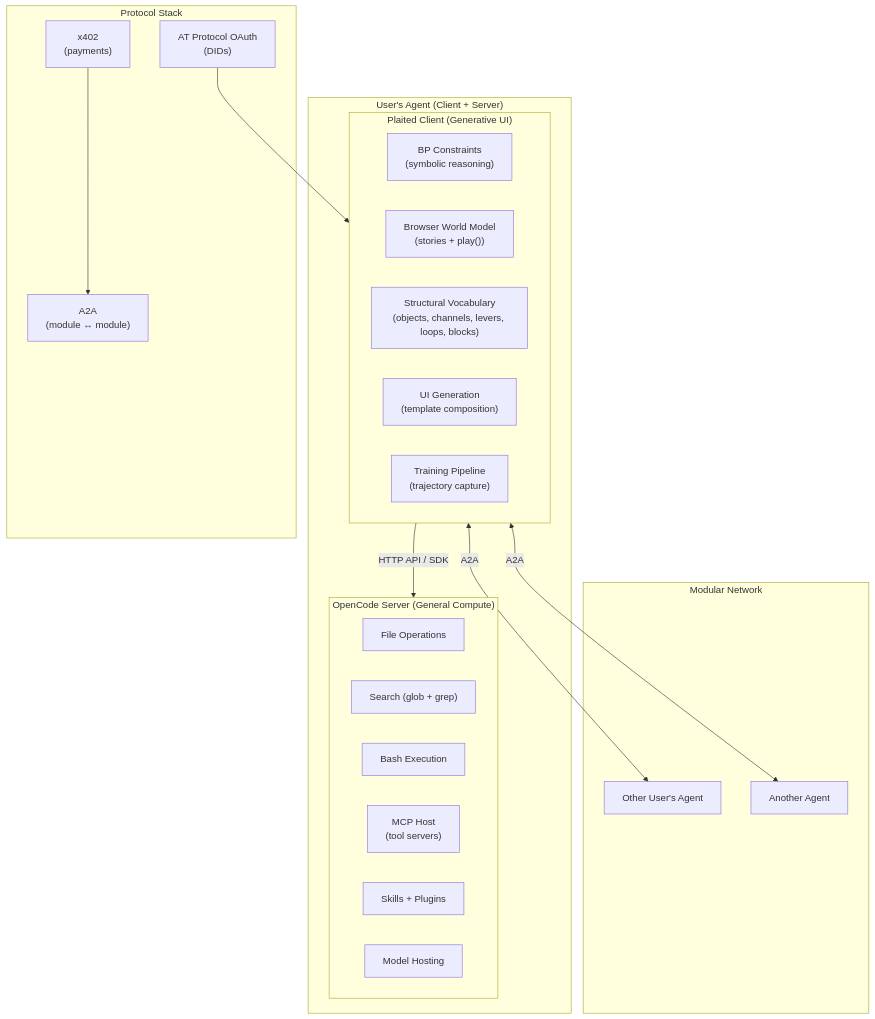
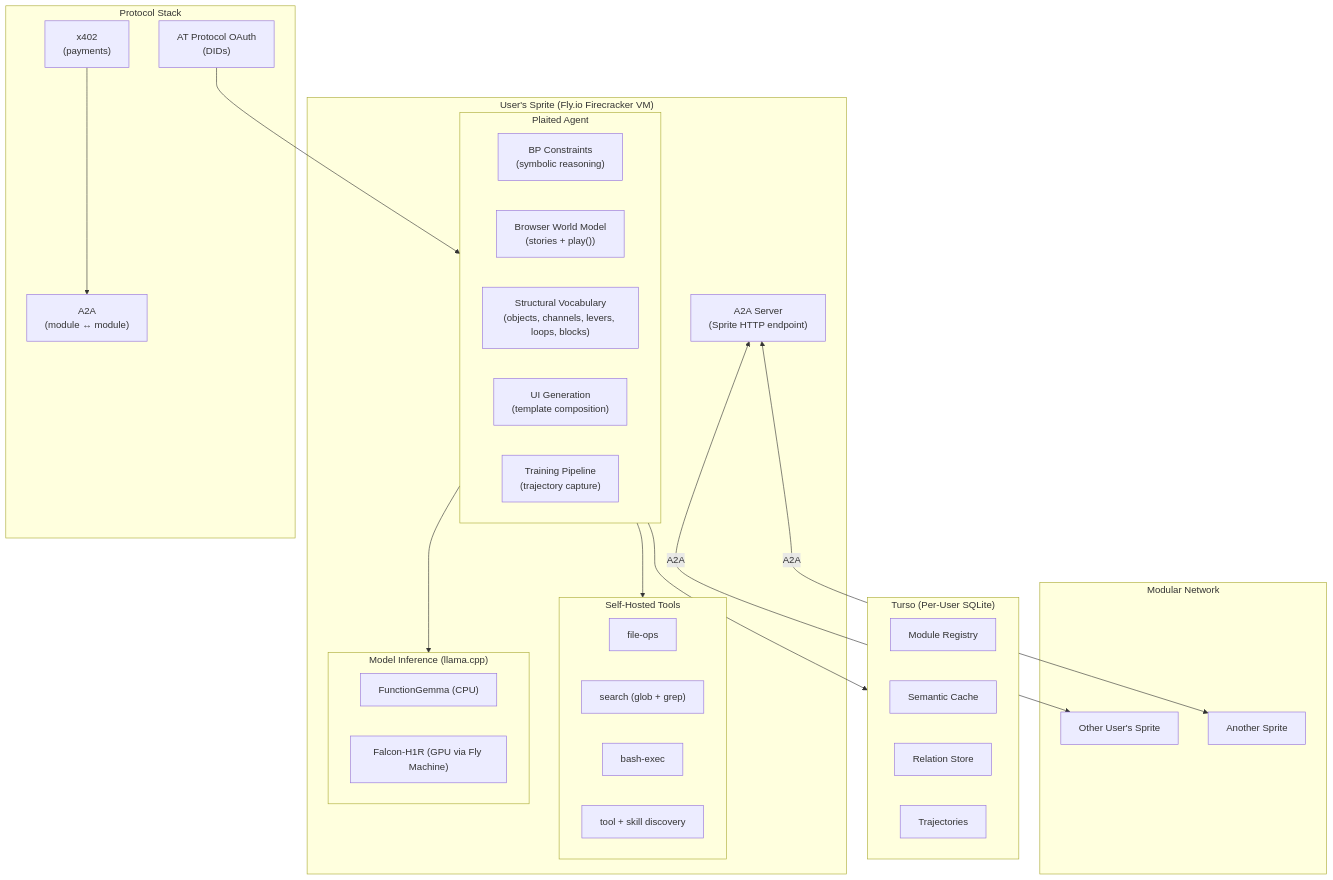
Before and after one commit to plaited/plaited: the first of 12 diagrams in PLAITED-AGENT-PLAN.md, drawn with Mermaid. The commit also changed other lines of this file and 1 other file, not shown here.

First line of the commit message:
docs(agent): add OpenCode as sandbox coding runtime, update V8 plan

````diff
--- a/PLAITED-AGENT-PLAN.md
+++ b/PLAITED-AGENT-PLAN.md
@@ -39,39 +41,52 @@
 ```mermaid
 flowchart TB
-    subgraph User["User's Agent (Client + Server)"]
-        subgraph Client["Plaited Client (Generative UI)"]
+    subgraph Sprite["User's Sprite (Fly.io Firecracker VM)"]
+        subgraph Agent["Plaited Agent"]
             BP["BP Constraints<br/>(symbolic reasoning)"]
             WorldModel["Browser World Model<br/>(stories + play())"]
             StructVocab["Structural Vocabulary<br/>(objects, channels, levers, loops, blocks)"]
             UIGen["UI Generation<br/>(template composition)"]
             Training["Training Pipeline<br/>(trajectory capture)"]
         end
 
-        subgraph Server["OpenCode Server (General Compute)"]
-            FileOps["File Operations"]
-            Search["Search (glob + grep)"]
-            BashExec["Bash Execution"]
-            MCPHost["MCP Host<br/>(tool servers)"]
-            Skills["Skills + Plugins"]
-            Models["Model Hosting"]
+        subgraph Tools["Self-Hosted Tools"]
+            FileOps["file-ops"]
+            Search["search (glob + grep)"]
+            BashExec["bash-exec"]
+            Discovery["tool + skill discovery"]
         end
 
-        Client -->|"HTTP API / SDK"| Server
+        subgraph Model["Model Inference (llama.cpp)"]
+            Edge["FunctionGemma (CPU)"]
+            Remote["Falcon-H1R (GPU via Fly Machine)"]
+        end
+
+        A2AServer["A2A Server<br/>(Sprite HTTP endpoint)"]
+    end
+
+    subgraph Turso["Turso (Per-User SQLite)"]
+        ModuleDB["Module Registry"]
+        CacheDB["Semantic Cache"]
+        RelationDB["Relation Store"]
+        TrainingDB["Trajectories"]
     end
 
     subgraph Modnet["Modular Network"]
-        OtherAgent1["Other User's Agent"]
-        OtherAgent2["Another Agent"]
+        OtherAgent1["Other User's Sprite"]
+        OtherAgent2["Another Sprite"]
     end
 
     subgraph Protocols["Protocol Stack"]
         A2A["A2A<br/>(module ↔ module)"]
         ATP["AT Protocol OAuth<br/>(DIDs)"]
         X402["x402<br/>(payments)"]
     end
 
-    Client <-->|"A2A"| OtherAgent1
-    Client <-->|"A2A"| OtherAgent2
-    ATP --> Client
+    Agent --> Tools
+    Agent --> Model
+    Agent --> Turso
+    A2AServer <-->|"A2A"| OtherAgent1
+    A2AServer <-->|"A2A"| OtherAgent2
+    ATP --> Agent
     X402 --> A2A
 ```
````
